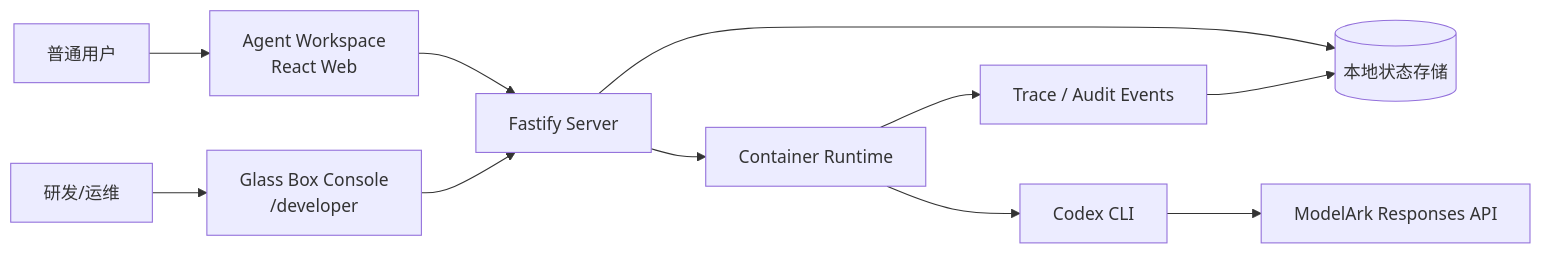
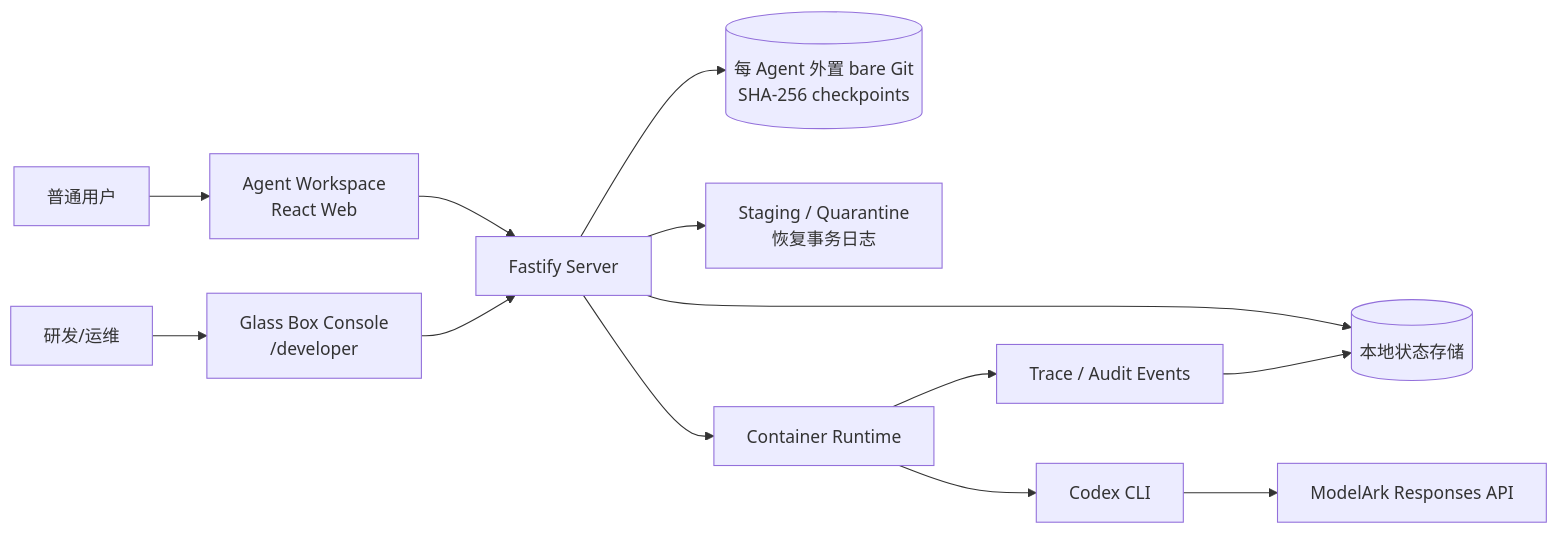
Before and after one commit to xiaochenwang860-png/trace1-Agent-: the diagram in README.md, drawn with Mermaid. The commit also changed other lines of this file and 44 other files, not shown here.

````diff
--- a/README.md
+++ b/README.md
@@ -92,13 +118,15 @@
 ```mermaid
 flowchart LR
   U[普通用户] --> W[Agent Workspace<br/>React Web]
   D[研发/运维] --> C[Glass Box Console<br/>/developer]
   W --> API[Fastify Server]
   C --> API
   API --> S[(本地状态存储)]
+  API --> G[(每 Agent 外置 bare Git<br/>SHA-256 checkpoints)]
+  API --> J[Staging / Quarantine<br/>恢复事务日志]
   API --> R[Container Runtime]
   R --> X[Codex CLI]
   X --> A[ModelArk Responses API]
   R --> T[Trace / Audit Events]
   T --> S
 ```
````
